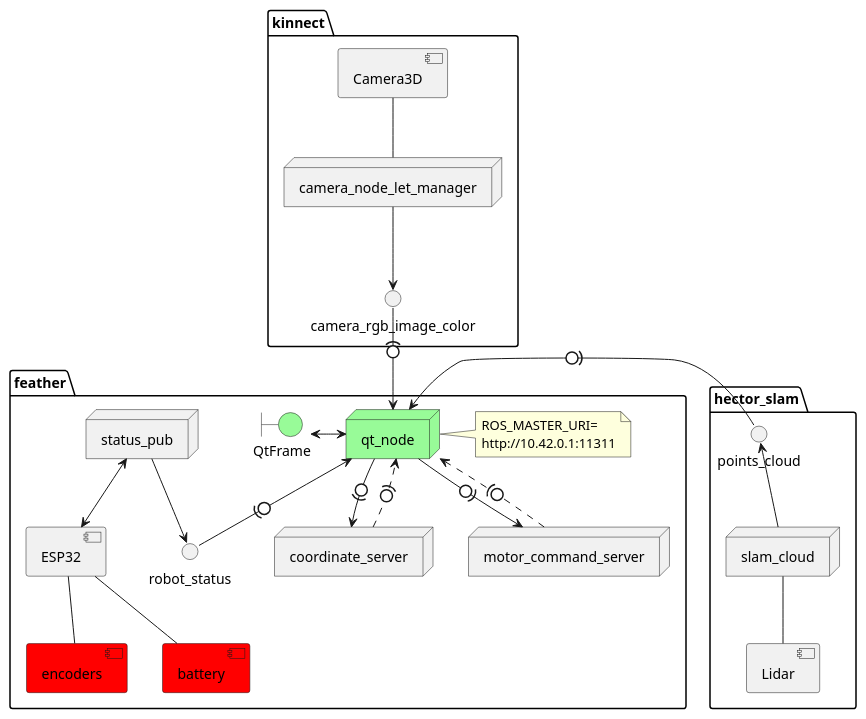
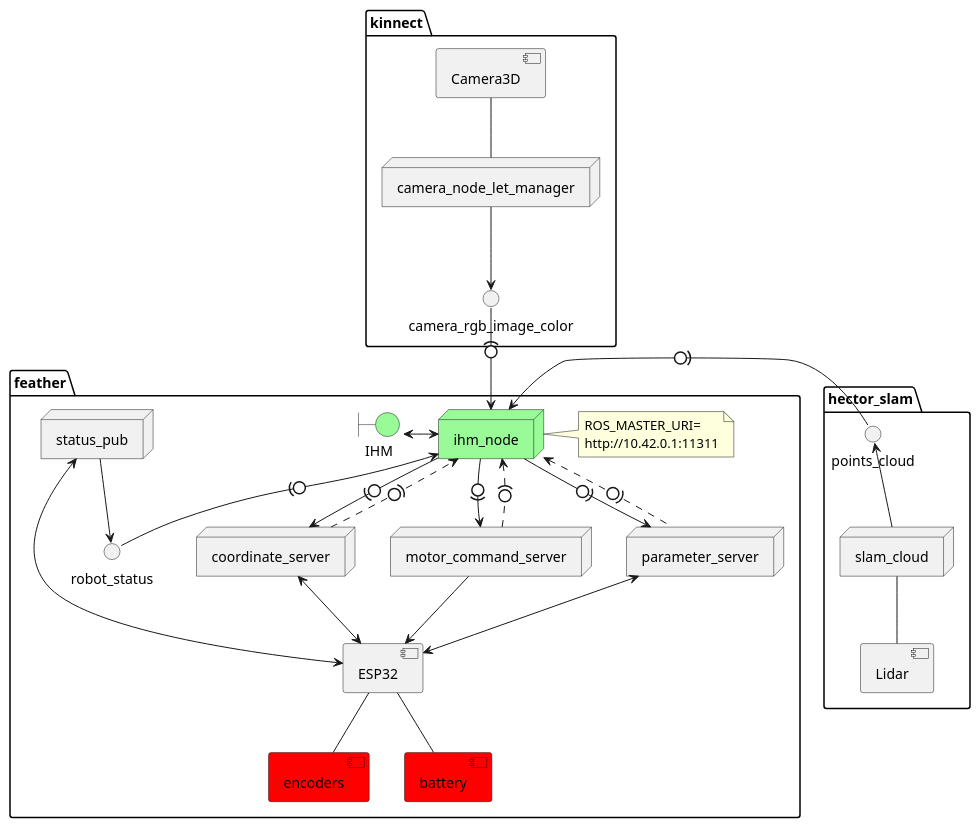
The diagram in docs/ros_architecture.iuml (PGE-SME-2021/PGE_Robot), drawn with PlantUML before and after one commit. The commit also changed 4 other files, not shown here.

```diff
--- a/docs/ros_architecture.iuml
+++ b/docs/ros_architecture.iuml
@@ -1,51 +1,58 @@
 @startuml
 package feather{
-boundary QtFrame #palegreen
-node qt_node #palegreen
+boundary "IHM" as QtFrame #palegreen
+node "ihm_node" as qt_node #palegreen
 note right 
 ROS_MASTER_URI=
 http://10.42.0.1:11311
 end note
 node coordinate_server 
 node motor_command_server
 node status_pub
+node parameter_server
 component encoders #red
 component battery #red
 component ESP32
 interface robot_status
 }
 
 package hector_slam{
 node slam_cloud
 interface "points_cloud" as points_cloud
 component "Lidar" as lidar
 
 slam_cloud -- lidar
 }
 
 package kinnect{
 node camera_node_let_manager as camera_node
 interface camera_rgb_image_color as image
 component "Camera3D" as camera
 }
 camera -- camera_node
 camera_node --> image
 image -(0-> qt_node
 
 status_pub -down-> robot_status
 robot_status -up(0-> qt_node
 
 status_pub <--> ESP32
 ESP32 -- encoders
 ESP32 -- battery
 
 slam_cloud -up-> points_cloud
 qt_node <-left-> QtFrame 
 points_cloud -left(0-> qt_node
 
 qt_node -0)-> motor_command_server
 motor_command_server .0).> qt_node 
+motor_command_server --> ESP32
 
 qt_node -0)-> coordinate_server
 coordinate_server .0).> qt_node
+coordinate_server <--> ESP32
+
+qt_node -0)-> parameter_server
+qt_node <.0). parameter_server
+parameter_server <--> ESP32
 @enduml
```
